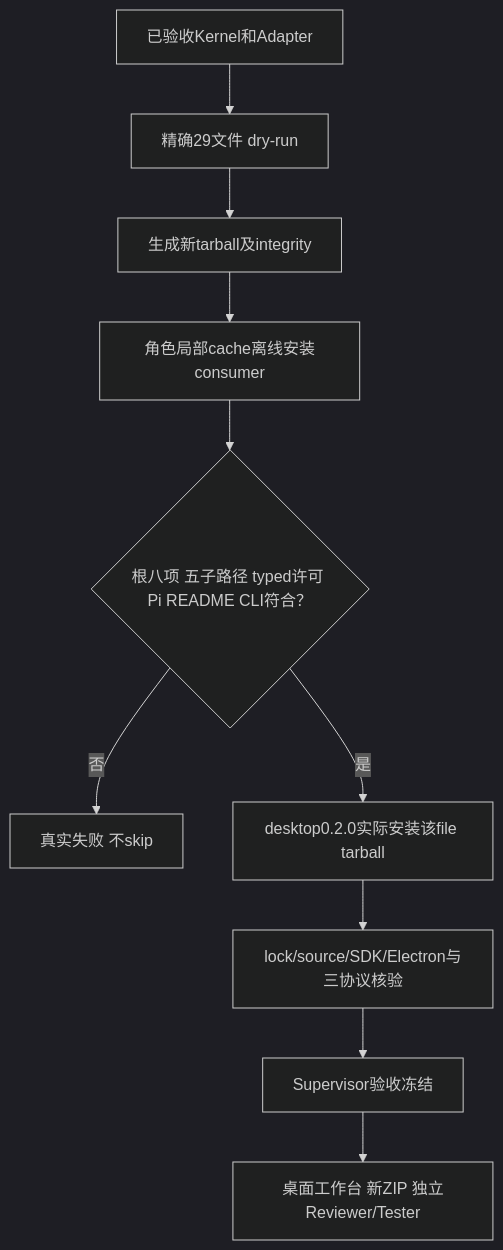
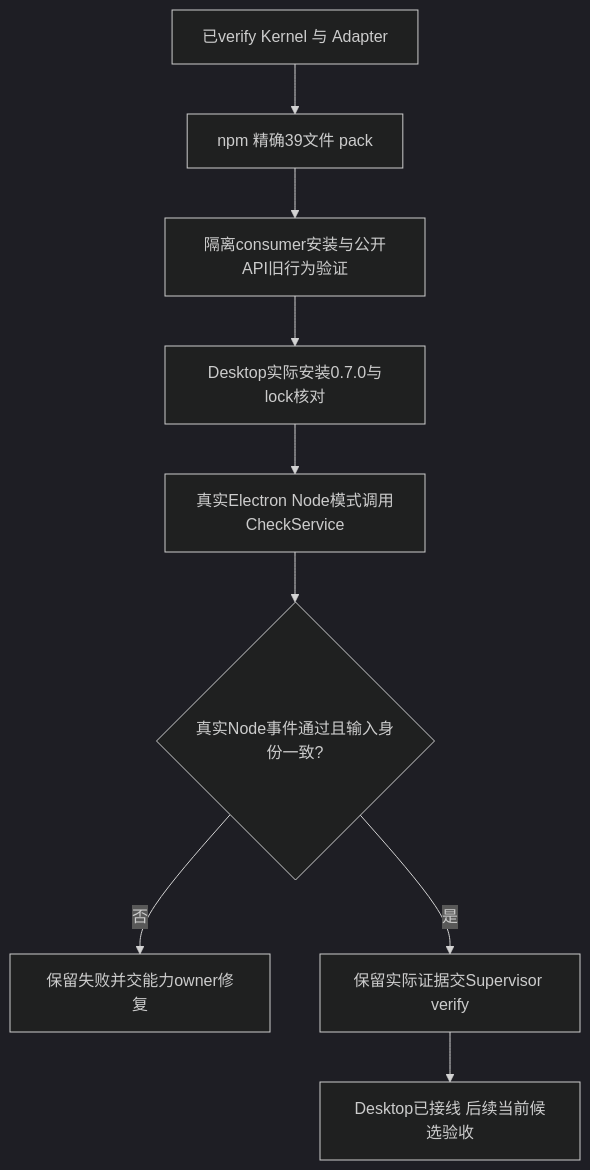
One commit to wangzhongren/ans-legion changed the second of 3 diagrams in docs/roles/ProjectManager/docs/feature/distribution.md. Above: the diagram before and after it, drawn with Mermaid (dark theme). The commit also changed other lines of this file and 400 other files, not shown here.

````diff
--- a/docs/roles/ProjectManager/docs/feature/distribution.md
+++ b/docs/roles/ProjectManager/docs/feature/distribution.md
@@ -22,12 +68,11 @@
 ```mermaid
 flowchart TD
-  source[已验收Kernel和Adapter] --> list[精确29文件 dry-run]
-  list --> pack[生成新tarball及integrity]
-  pack --> isolated[角色局部cache离线安装consumer]
-  isolated --> check{根八项 五子路径 typed许可 Pi README CLI符合？}
-  check -->|否| fail[真实失败 不skip]
-  check -->|是| install[desktop0.2.0实际安装该file tarball]
-  install --> verify[lock/source/SDK/Electron与三协议核验]
-  verify --> freeze[Supervisor验收冻结]
-  freeze --> downstream[桌面工作台 新ZIP 独立Reviewer/Tester]
+ A[已verify Kernel 与 Adapter] --> B[npm 精确39文件 pack]
+ B --> C[隔离consumer安装与公开API旧行为验证]
+ C --> D[Desktop实际安装0.7.0与lock核对]
+ D --> E[真实Electron Node模式调用CheckService]
+ E --> F{真实Node事件通过且输入身份一致?}
+ F -->|否| G[保留失败并交能力owner修复]
+ F -->|是| H[保留实际证据交Supervisor verify]
+ H --> I[Desktop已接线 后续当前候选验收]
 ```
````
